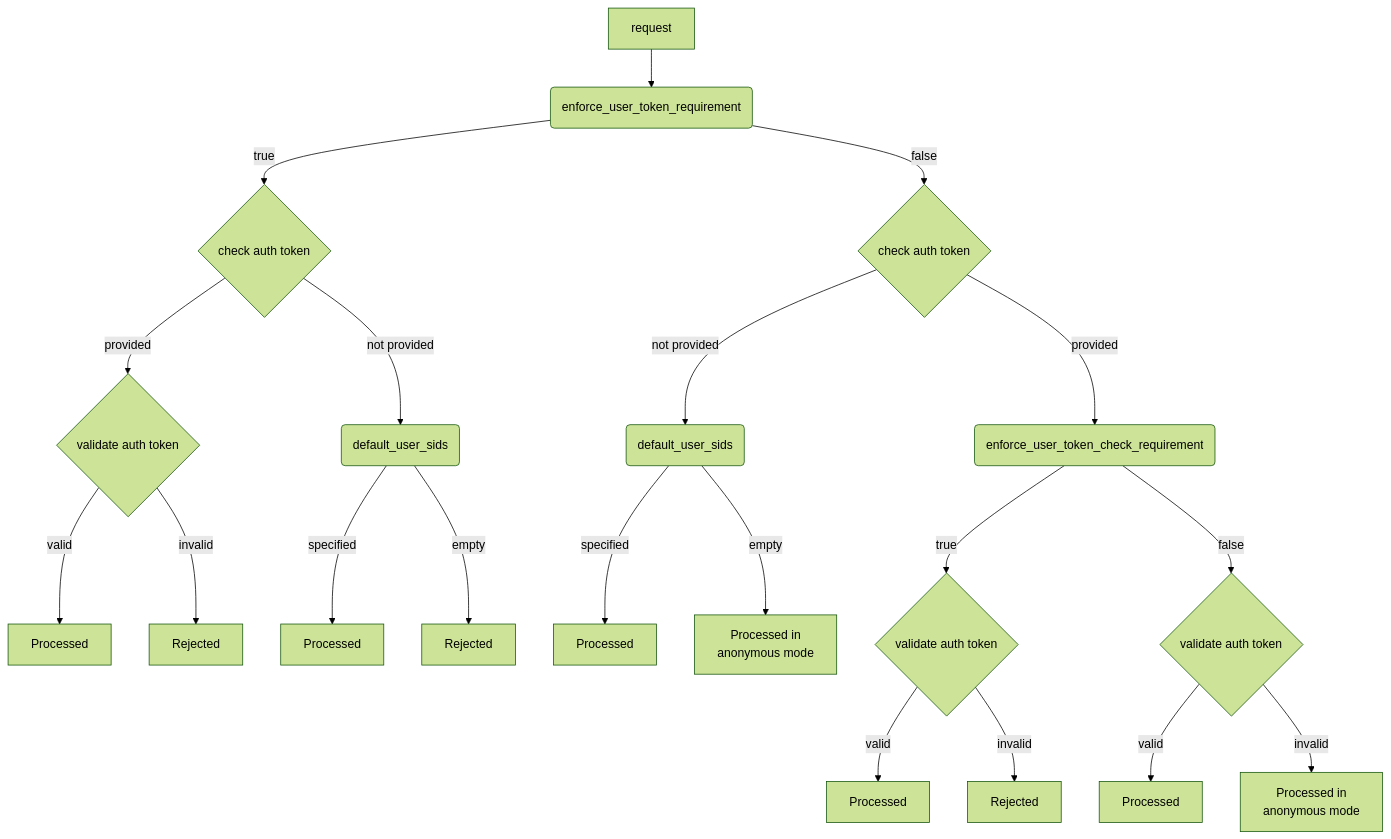
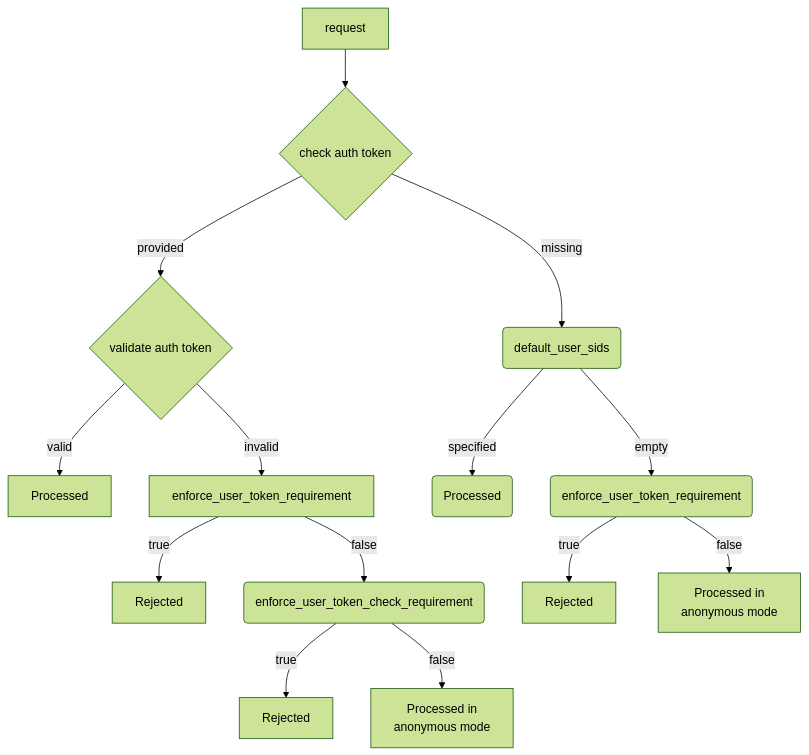
One commit to ydb-platform/ydb changed the diagram in ydb/docs/en/core/reference/configuration/security_config.md. Above: the diagram before and after it, drawn with Mermaid (forest theme). The commit also changed 1 other file, not shown here.

Commit message:
Rearranged the diagram to match the software logic

````diff
--- a/ydb/docs/en/core/reference/configuration/security_config.md
+++ b/ydb/docs/en/core/reference/configuration/security_config.md
@@ -87,39 +87,20 @@
 ```mermaid
 flowchart TD
-    request --> enforce
+    request --> check-auth-token{check auth token}
 
-    enforce  --> |true| q1{check auth token}
+        check-auth-token --> |provided| validate{validate auth token}
+            validate{validate auth token} --> |valid| Processed
+            validate{validate auth token} --> |invalid| enforce_user_token_requirement
+                enforce_user_token_requirement --> |true| r[Rejected]
+                enforce_user_token_requirement --> |false| invalid_check_requirement(enforce_user_token_check_requirement)
+                    invalid_check_requirement --> |true| Rejected
+                    invalid_check_requirement --> |false| anonym[Processed in
+                    anonymous mode]
 
-        q1 --> |provided| q11{validate auth token}
-
-            q11 --> |valid| p[Processed]
-            q11 --> |invalid| r[Rejected]
-
-        q1 --> |not provided| default
-
-        default --> |specified| r2[Processed]
-        default --> |empty| r3[Rejected]
-
-    enforce  --> |false| auth-token{check auth token}
-
-        auth-token --> |not provided| default2
-
-            default2 --> |specified| default2_specified[Processed]
-            default2 --> |empty| default2_empty[Processed in
-            anonymous mode]
-
-        auth-token --> |provided| check
-
-            check --> |true| q2{validate auth token}
-                q2 --> |valid| r4[Processed]
-                q2 --> |invalid| r5[Rejected]
-            check --> |false| q3{validate auth token}
-                q3 --> |valid| r6[Processed]
-                q3 --> |invalid| default3_empty[Processed in
-            anonymous mode]
-
-default2(default_user_sids)
-default(default_user_sids)
-enforce(enforce_user_token_requirement)
-check(enforce_user_token_check_requirement)
+        check-auth-token --> |missing| missing_default(default_user_sids)
+            missing_default --> |specified| default_specified_enforce(Processed)
+            missing_default --> |empty| default_empty_enforce(enforce_user_token_requirement)
+                default_empty_enforce --> |true| default_empty_enforce_true[Rejected]
+                default_empty_enforce --> |false| default_empty_enforce_false[Processed in
+                anonymous mode]
 ```
````
